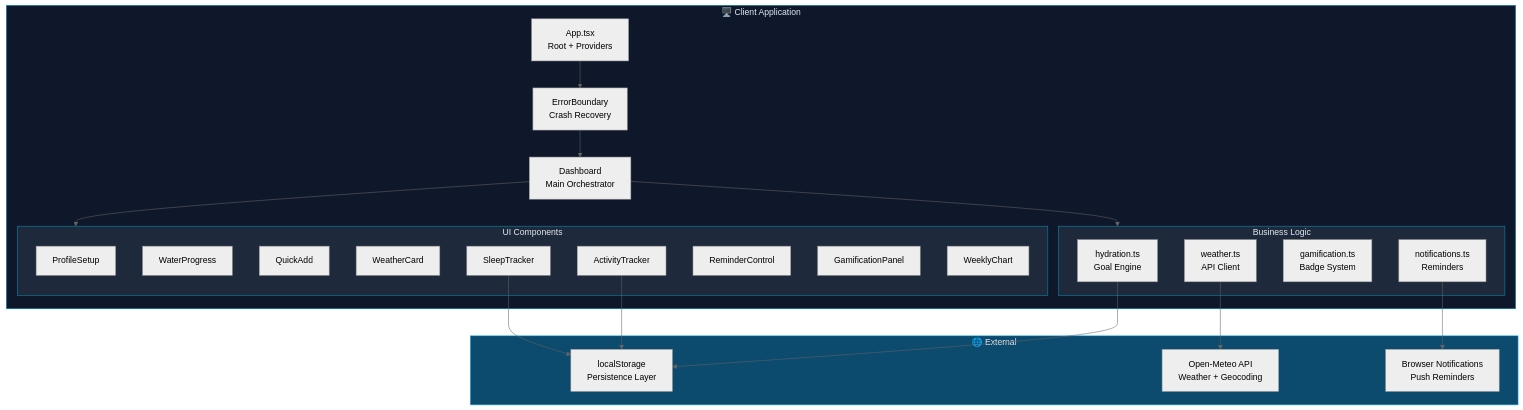
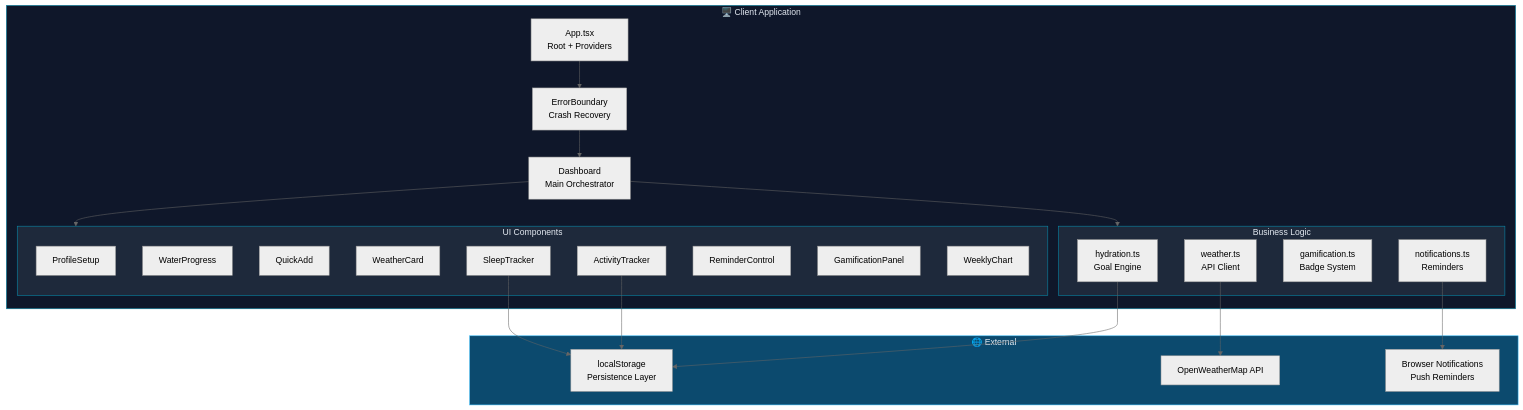
One commit to ramalokeshreddyp/hydrosmart-ai changed the first of 4 diagrams in README.md. Above: the diagram before and after it, drawn with Mermaid (neutral theme). The commit also changed other lines of this file and 8 other files, not shown here.

````diff
--- a/README.md
+++ b/README.md
@@ -93,47 +93,47 @@
 ```mermaid
 graph TB
     subgraph Client["🖥️ Client Application"]
         App["App.tsx<br/>Root + Providers"]
         EB["ErrorBoundary<br/>Crash Recovery"]
         Dashboard["Dashboard<br/>Main Orchestrator"]
 
         subgraph Components["UI Components"]
             PS["ProfileSetup"]
             WP["WaterProgress"]
             QA["QuickAdd"]
             WC["WeatherCard"]
             ST["SleepTracker"]
             AT["ActivityTracker"]
             RC["ReminderControl"]
             GP["GamificationPanel"]
             WK["WeeklyChart"]
         end
 
         subgraph Logic["Business Logic"]
             HE["hydration.ts<br/>Goal Engine"]
             WF["weather.ts<br/>API Client"]
             GF["gamification.ts<br/>Badge System"]
             NF["notifications.ts<br/>Reminders"]
         end
     end
 
     subgraph External["🌐 External"]
-        OM["Open-Meteo API<br/>Weather + Geocoding"]
+        OWM["OpenWeatherMap API"]
         LS["localStorage<br/>Persistence Layer"]
         BN["Browser Notifications<br/>Push Reminders"]
     end
 
     App --> EB --> Dashboard
     Dashboard --> Components
     Dashboard --> Logic
-    WF --> OM
+    WF --> OWM
     HE --> LS
     NF --> BN
     ST --> LS
     AT --> LS
 
     style Client fill:#0f172a,stroke:#0891b2,color:#e2e8f0
     style Components fill:#1e293b,stroke:#0891b2,color:#e2e8f0
     style Logic fill:#1e293b,stroke:#0891b2,color:#e2e8f0
     style External fill:#0c4a6e,stroke:#38bdf8,color:#e2e8f0
 ```
````
